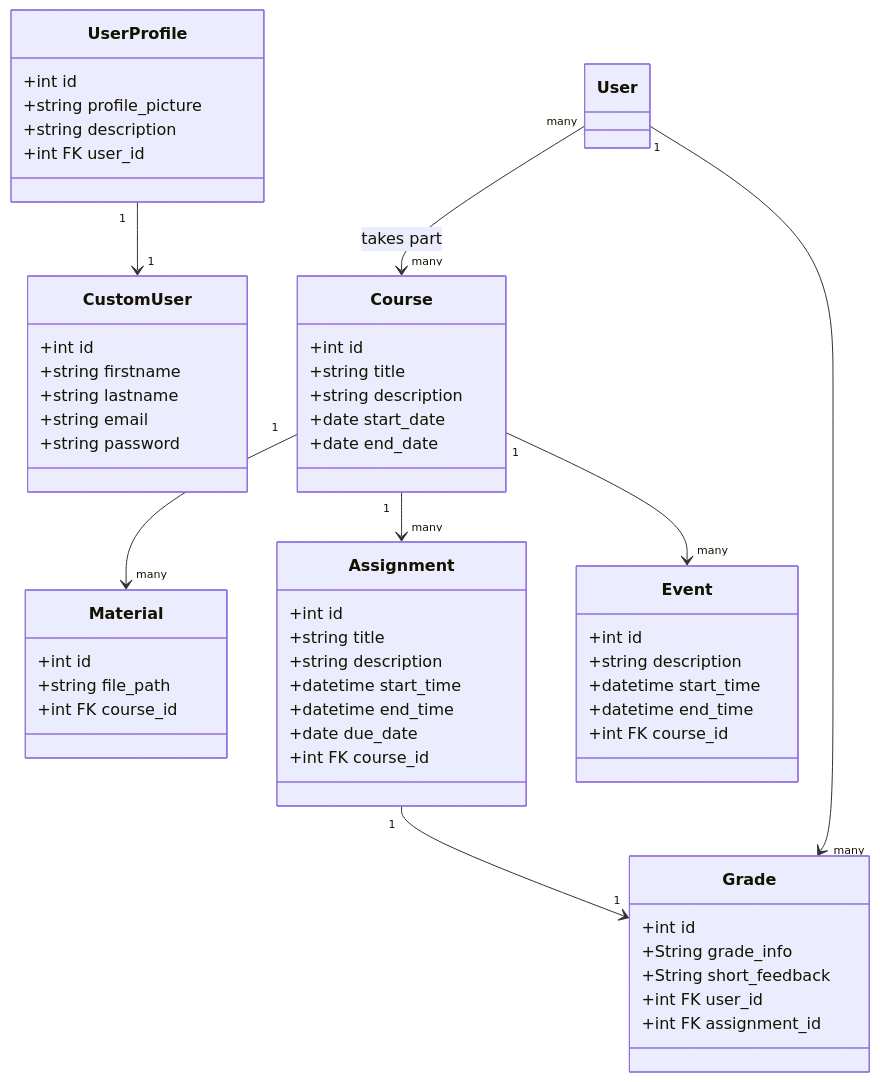
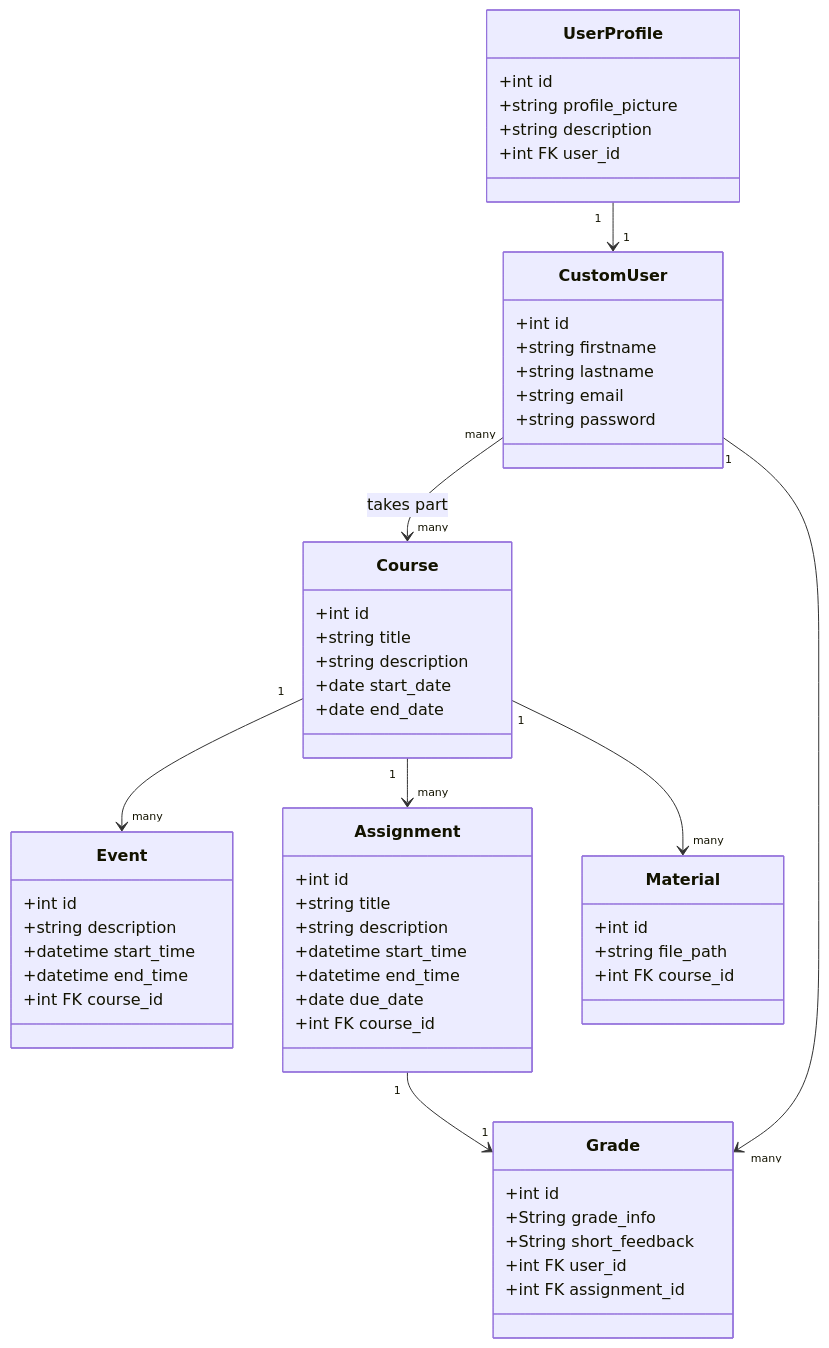
Before and after one commit to Johann110/Studurizer-Fallstudie-Software-Engineering: the diagram in Systemdokumentation/Architektur/Datenmodell/Datenbankmodell.md, drawn with Mermaid.

````diff
--- a/Systemdokumentation/Architektur/Datenmodell/Datenbankmodell.md
+++ b/Systemdokumentation/Architektur/Datenmodell/Datenbankmodell.md
@@ -3,68 +3,68 @@
 ```mermaid 
 classDiagram
    class Course {
         +int id
         +string title
         +string description
         +date start_date
         +date end_date
     }
 
     class CustomUser {
         +int id
         +string firstname
         +string lastname
         +string email
         +string password
     }
     
     class UserProfile {
         +int id
         +string profile_picture
         +string description
         +int FK user_id
     }
 
    class Event {
         +int id
         +string description
         +datetime start_time
         +datetime end_time
         +int FK course_id
     }
 
     class Assignment {
         +int id
         +string title
         +string description
         +datetime start_time
         +datetime end_time
         +date due_date
         +int FK course_id
     }
 
     class Material {
         +int id
         +string file_path
         +int FK course_id
     }
     
     class Grade {
         +int id
         +String grade_info
         +String short_feedback
         +int FK user_id
         +int FK assignment_id
     }
     
 
 
     %% Beziehungen
-    User "many" --> "many" Course : takes part
+    CustomUser "many" --> "many" Course : takes part
     Course "1" --> "many" Material
     Course "1" --> "many" Assignment
     Course "1" --> "many" Event
     Assignment "1" --> "1" Grade
-    User "1" --> "many" Grade
+    CustomUser "1" --> "many" Grade
     UserProfile "1" --> "1" CustomUser
 ```
````
